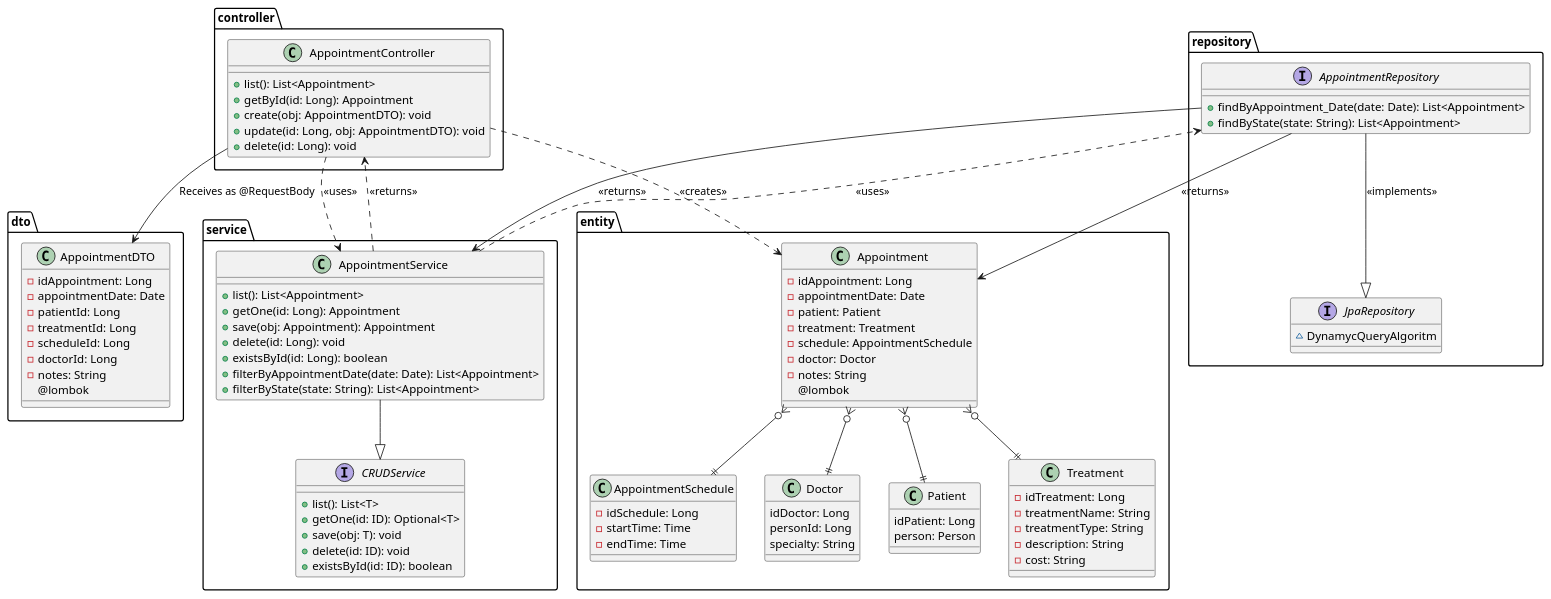
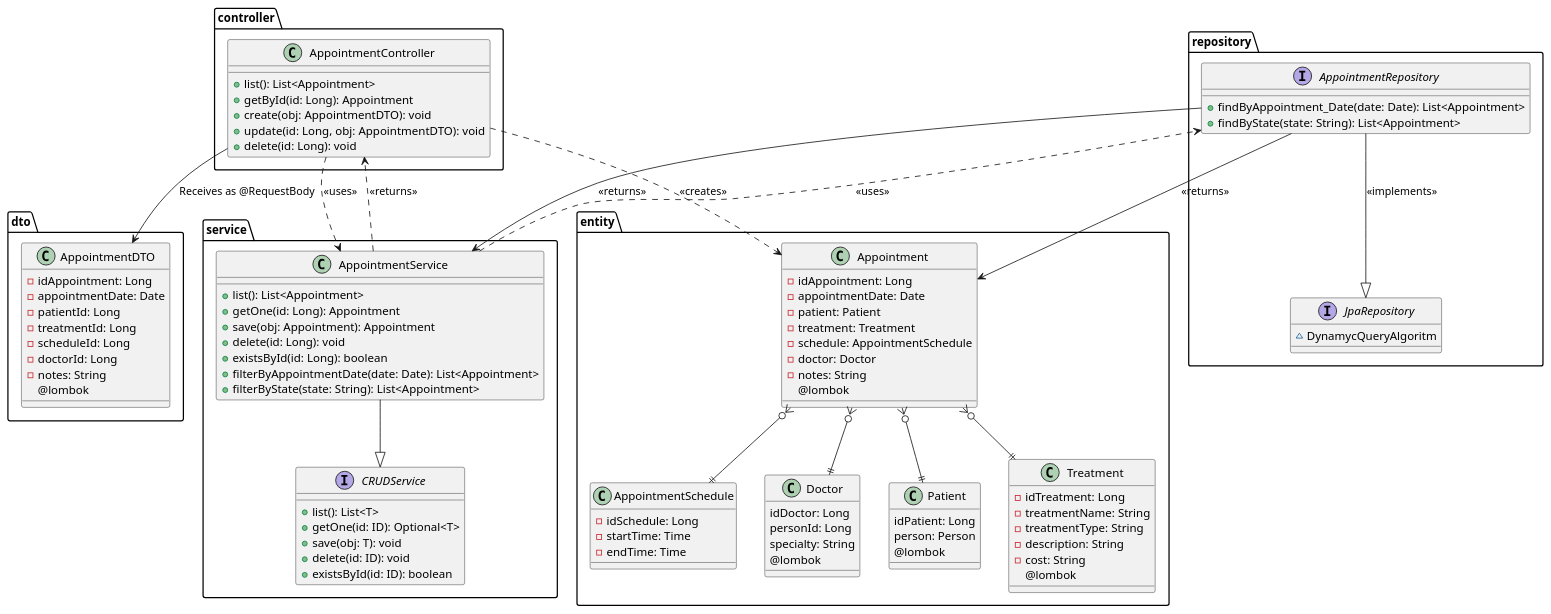
Before and after one commit to abelguevara-upeu/apis-rosalesdental: the diagram in src/main/resources/templates/HU_25/AppointmentClass-diagram.pu, drawn with PlantUML. The commit also changed 7 other files, not shown here.

```diff
--- a/src/main/resources/templates/HU_25/AppointmentClass-diagram.pu
+++ b/src/main/resources/templates/HU_25/AppointmentClass-diagram.pu
@@ -1,120 +1,123 @@
 @startuml hu25
 package repository {
   interface AppointmentRepository {
     +findByAppointment_Date(date: Date): List<Appointment>
     +findByState(state: String): List<Appointment>
   }
 
   interface JpaRepository {
     ~DynamycQueryAlgoritm
   }
 }
 
 package controller {
   class AppointmentController {
     +list(): List<Appointment>
     +getById(id: Long): Appointment
     +create(obj: AppointmentDTO): void
     +update(id: Long, obj: AppointmentDTO): void
     +delete(id: Long): void
   }
 }
 
 package service {
 
   class AppointmentService {
     +list(): List<Appointment>
     +getOne(id: Long): Appointment
     +save(obj: Appointment): Appointment
     +delete(id: Long): void
     +existsById(id: Long): boolean
     +filterByAppointmentDate(date: Date): List<Appointment>
     +filterByState(state: String): List<Appointment>
   }
 
   interface CRUDService{
     +list(): List<T>
     +getOne(id: ID): Optional<T>
     +save(obj: T): void
     +delete(id: ID): void
     +existsById(id: ID): boolean
   }
 }
 
 package dto {
   class AppointmentDTO {
     -idAppointment: Long
     -appointmentDate: Date
     -patientId: Long
     -treatmentId: Long
     -scheduleId: Long
     -doctorId: Long
     -notes: String
     @lombok
   }
 }
 
 package entity {
 
   class Appointment {
     -idAppointment: Long
     -appointmentDate: Date
     -patient: Patient
     -treatment: Treatment
     -schedule: AppointmentSchedule
     -doctor: Doctor
     -notes: String
     @lombok
   }
 
   class Patient {
     idPatient: Long
     person: Person
+    @lombok
   }
 
   class Treatment {
     -idTreatment: Long
     -treatmentName: String
     -treatmentType: String
     -description: String
     -cost: String
+    @lombok
   }
 
   class AppointmentSchedule {
     -idSchedule: Long
     -startTime: Time
     -endTime: Time
   }
   class Doctor {
     idDoctor: Long
     personId: Long
     specialty: String
+    @lombok
   }
 
 }
 
 
 
 
 
 
 
 
 AppointmentController ..> AppointmentService : <<uses>>
 AppointmentController --> AppointmentDTO : Receives as @RequestBody
 AppointmentController ..> Appointment : <<creates>>
 
 AppointmentService..> AppointmentController: <<returns>>
 AppointmentService --|> CRUDService
 AppointmentService ..> AppointmentRepository : <<uses>>
 
 AppointmentRepository --> AppointmentService : <<returns>>
 AppointmentRepository --> Appointment : <<returns>>
 AppointmentRepository --|> JpaRepository: <<implements>>
 
 Appointment }o--|| Patient
 Appointment }o--|| Treatment
 Appointment }o--|| AppointmentSchedule
 Appointment }o--|| Doctor
 
 @enduml
```
